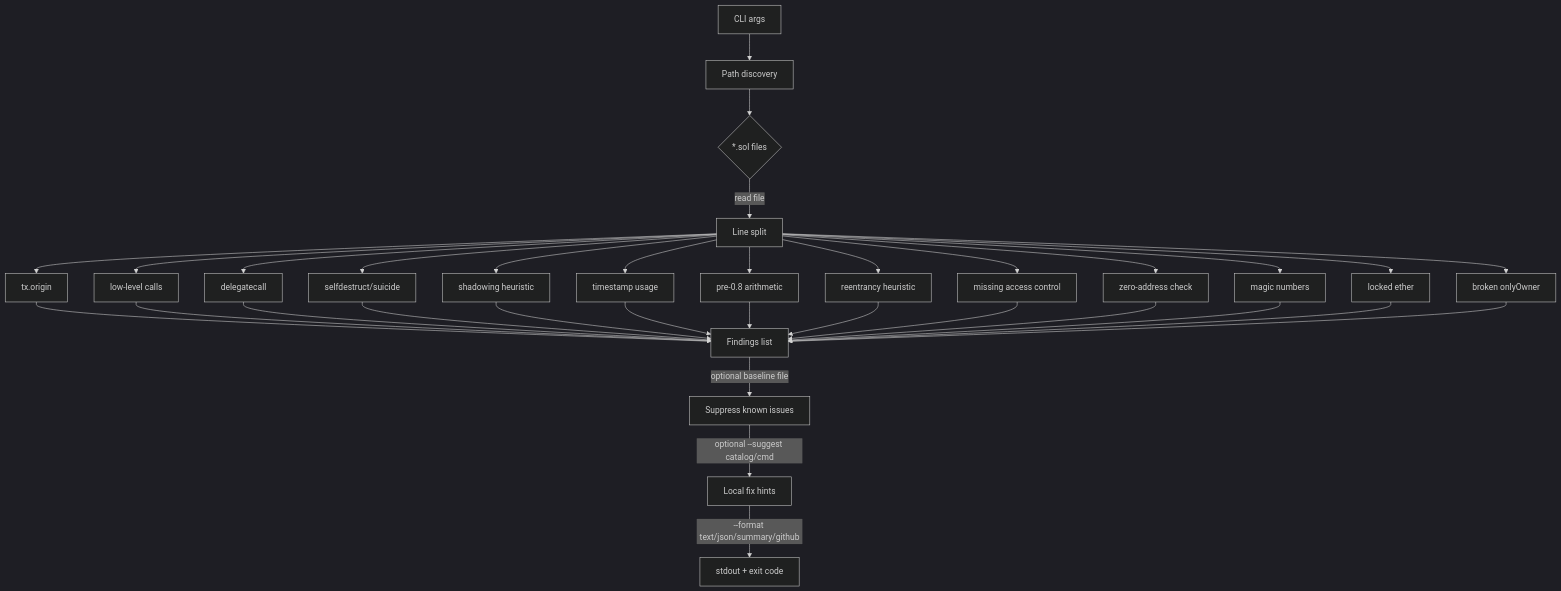
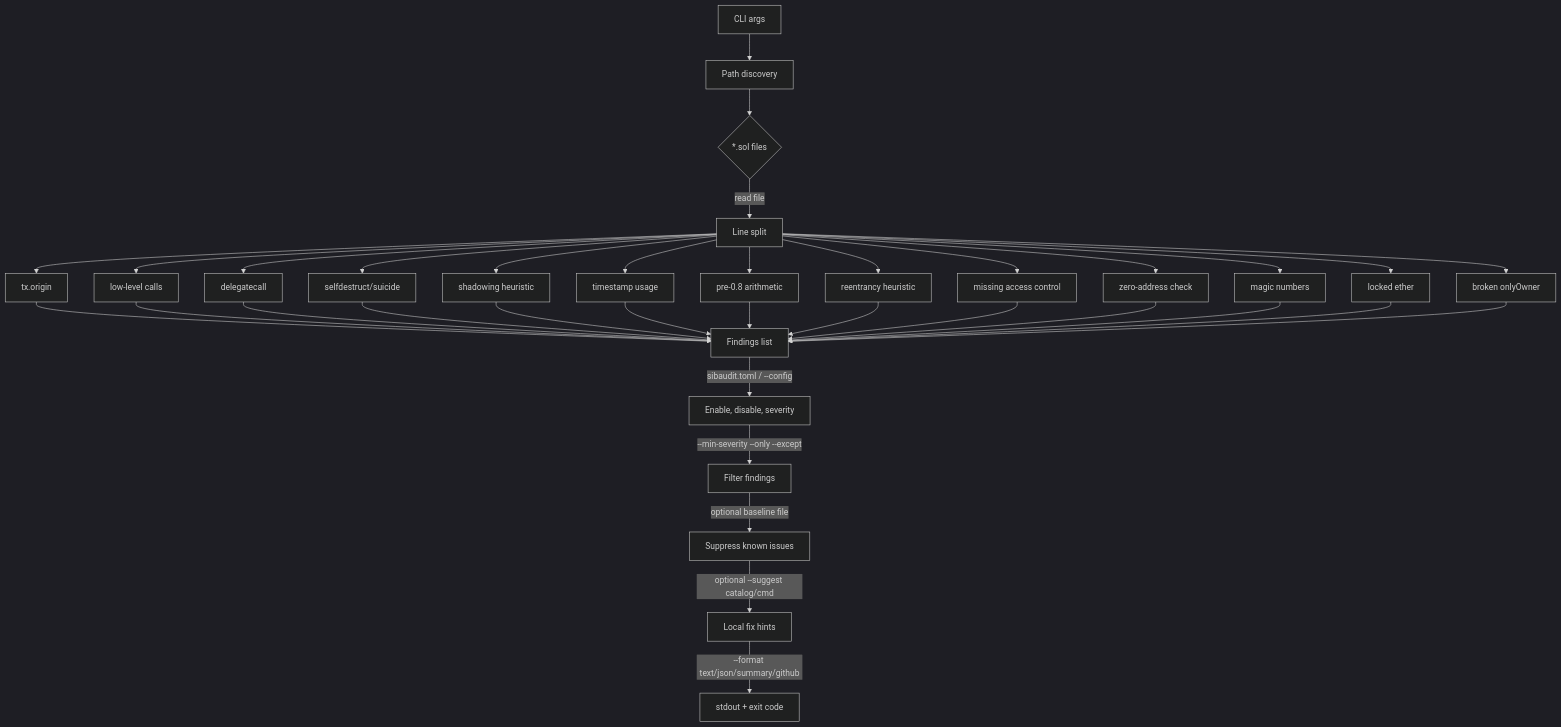
Before and after one commit to SibghatUllah1997/audit-agent-py: the diagram in README.md, drawn with Mermaid (dark theme). The commit also changed other lines of this file and 4 other files, not shown here.

````diff
--- a/README.md
+++ b/README.md
@@ -266,23 +301,25 @@
 ```mermaid
 flowchart TD
     A[CLI args] --> B[Path discovery]
     B --> C{*.sol files}
     C -->|read file| D[Line split]
     D --> E1[tx.origin]
     D --> E2[low-level calls]
     D --> E3[delegatecall]
     D --> E4[selfdestruct/suicide]
     D --> E5[shadowing heuristic]
     D --> E6[timestamp usage]
     D --> E7[pre-0.8 arithmetic]
     D --> E8[reentrancy heuristic]
     D --> E9[missing access control]
     D --> E10[zero-address check]
     D --> E11[magic numbers]
     D --> E12[locked ether]
     D --> E13[broken onlyOwner]
     E1 & E2 & E3 & E4 & E5 & E6 & E7 & E8 & E9 & E10 & E11 & E12 & E13 --> F[Findings list]
-    F -->|optional baseline file| G[Suppress known issues]
+    F -->|sibaudit.toml / --config| CFG[Enable, disable, severity]
+    CFG -->|--min-severity --only --except| FLT[Filter findings]
+    FLT -->|optional baseline file| G[Suppress known issues]
     G -->|optional --suggest catalog/cmd| I[Local fix hints]
     I -->|--format text/json/summary/github| H[stdout + exit code]
 ```
````
